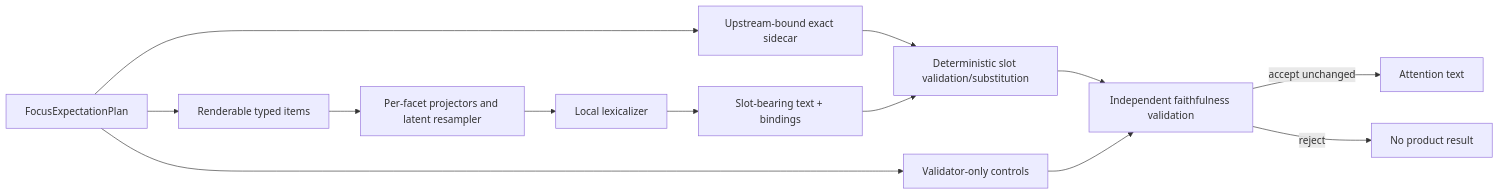
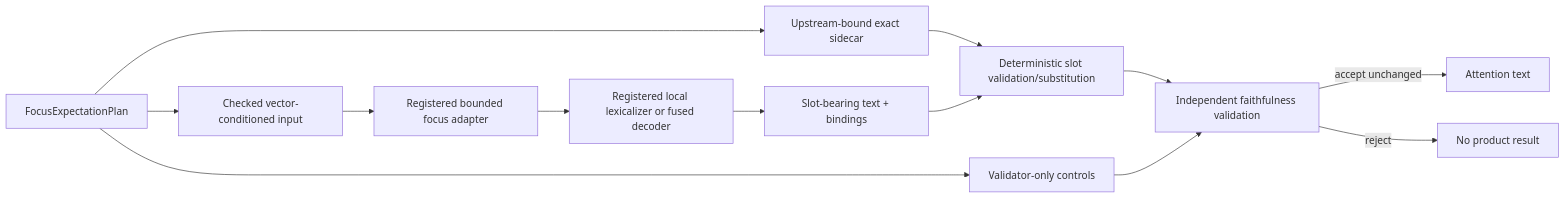
One commit to Lamentis-operating-systems/nemosyne changed the second of 2 diagrams in docs/specifications/focus-and-expectation-planning.md. Above: the diagram before and after it, drawn with Mermaid. The commit also changed other lines of this file and 19 other files, not shown here.

````diff
--- a/docs/specifications/focus-and-expectation-planning.md
+++ b/docs/specifications/focus-and-expectation-planning.md
@@ -1511,15 +1746,15 @@
 ```mermaid
 flowchart LR
-    P["FocusExpectationPlan"] --> R["Renderable typed items"]
+    P["FocusExpectationPlan"] --> C["Checked vector-conditioned input"]
     P --> V["Validator-only controls"]
     P --> S["Upstream-bound exact sidecar"]
-    R --> X["Per-facet projectors and latent resampler"]
-    X --> L["Local lexicalizer"]
+    C --> X["Registered bounded focus adapter"]
+    X --> L["Registered local lexicalizer or fused decoder"]
     L --> T["Slot-bearing text + bindings"]
     S --> SUB["Deterministic slot validation/substitution"]
     T --> SUB
     SUB --> F["Independent faithfulness validation"]
     V --> F
     F -->|accept unchanged| O["Attention text"]
     F -->|reject| E["No product result"]
 ```
````
